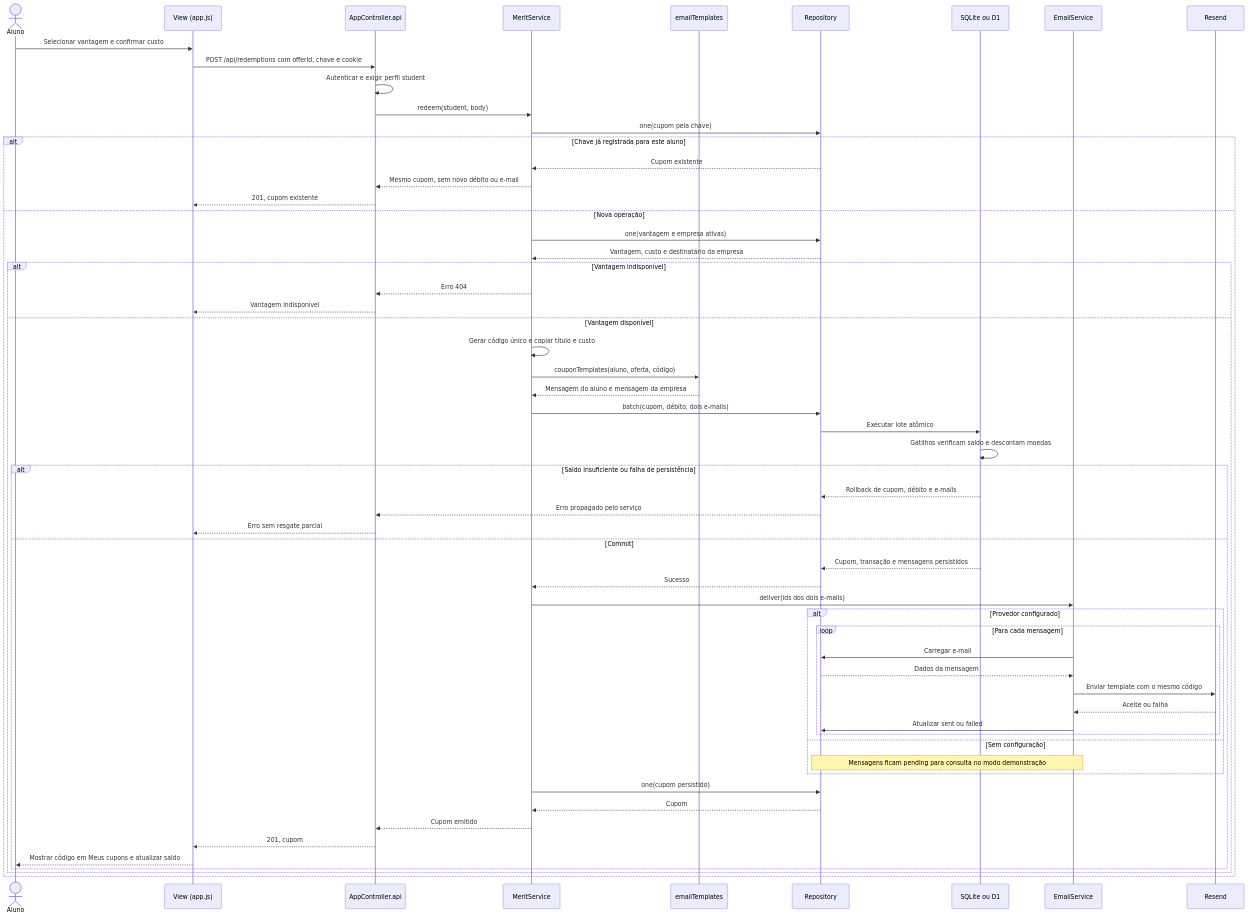
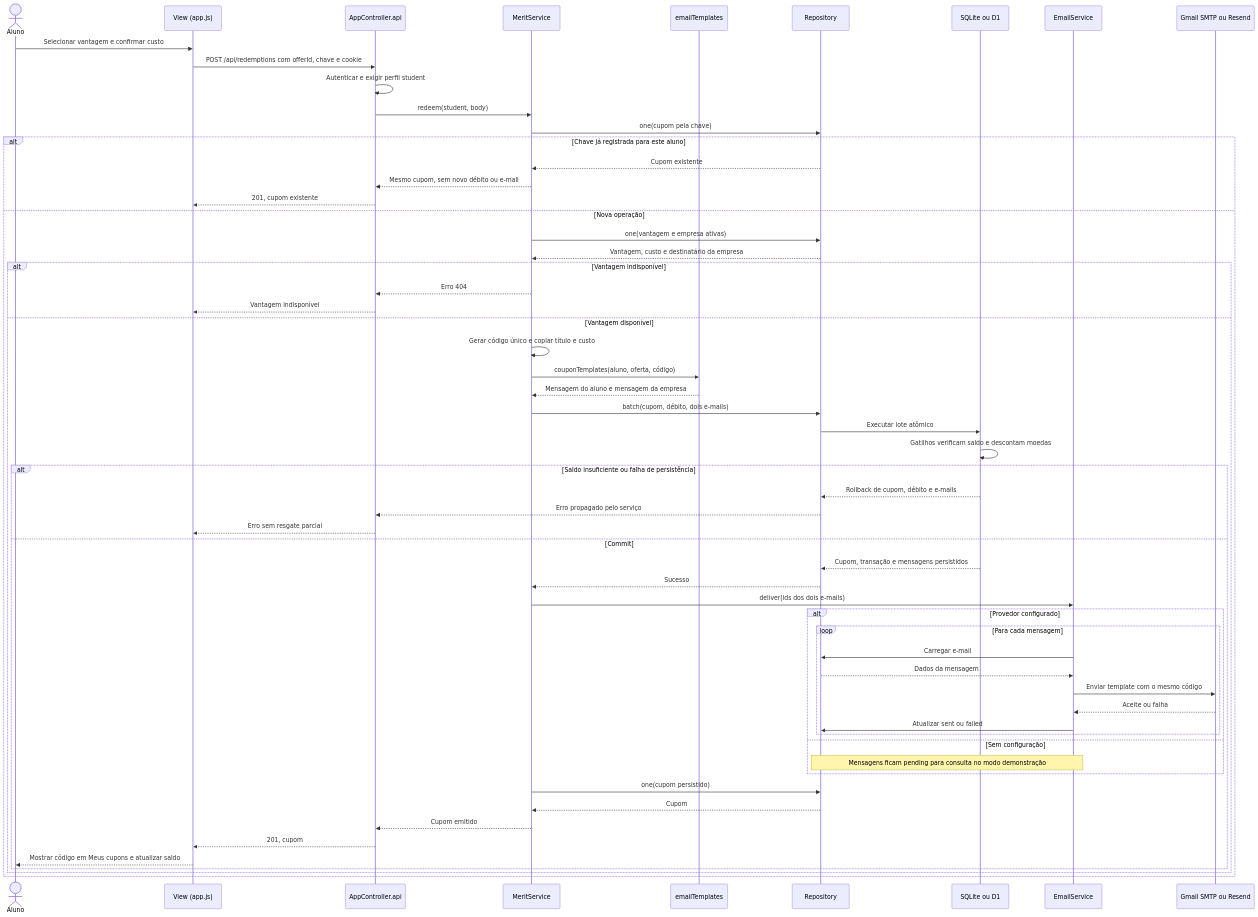
The diagram in docs/release-2/sequencias/trocar-vantagem.mmd (vianadv/sistemaMoedaEstudantil), drawn with Mermaid before and after one commit. The commit also changed 19 other files, not shown here.

```diff
--- a/docs/release-2/sequencias/trocar-vantagem.mmd
+++ b/docs/release-2/sequencias/trocar-vantagem.mmd
@@ -1,59 +1,59 @@
 sequenceDiagram
   actor Aluno
   participant View as View (app.js)
   participant Controller as AppController.api
   participant Service as MeritService
   participant Templates as emailTemplates
   participant DAO as Repository
   participant DB as SQLite ou D1
   participant Mail as EmailService
-  participant Resend
+  participant Delivery as Gmail SMTP ou Resend
   Aluno->>View: Selecionar vantagem e confirmar custo
   View->>Controller: POST /api/redemptions com offerId, chave e cookie
   Controller->>Controller: Autenticar e exigir perfil student
   Controller->>Service: redeem(student, body)
   Service->>DAO: one(cupom pela chave)
   alt Chave já registrada para este aluno
     DAO-->>Service: Cupom existente
     Service-->>Controller: Mesmo cupom, sem novo débito ou e-mail
     Controller-->>View: 201, cupom existente
   else Nova operação
     Service->>DAO: one(vantagem e empresa ativas)
     DAO-->>Service: Vantagem, custo e destinatário da empresa
     alt Vantagem indisponível
       Service-->>Controller: Erro 404
       Controller-->>View: Vantagem indisponível
     else Vantagem disponível
       Service->>Service: Gerar código único e copiar título e custo
       Service->>Templates: couponTemplates(aluno, oferta, código)
       Templates-->>Service: Mensagem do aluno e mensagem da empresa
       Service->>DAO: batch(cupom, débito, dois e-mails)
       DAO->>DB: Executar lote atômico
       DB->>DB: Gatilhos verificam saldo e descontam moedas
       alt Saldo insuficiente ou falha de persistência
         DB-->>DAO: Rollback de cupom, débito e e-mails
         DAO-->>Controller: Erro propagado pelo serviço
         Controller-->>View: Erro sem resgate parcial
       else Commit
         DB-->>DAO: Cupom, transação e mensagens persistidos
         DAO-->>Service: Sucesso
         Service->>Mail: deliver(ids dos dois e-mails)
         alt Provedor configurado
           loop Para cada mensagem
             Mail->>DAO: Carregar e-mail
             DAO-->>Mail: Dados da mensagem
-            Mail->>Resend: Enviar template com o mesmo código
-            Resend-->>Mail: Aceite ou falha
+            Mail->>Delivery: Enviar template com o mesmo código
+            Delivery-->>Mail: Aceite ou falha
             Mail->>DAO: Atualizar sent ou failed
           end
         else Sem configuração
           Note over Mail,DAO: Mensagens ficam pending para consulta no modo demonstração
         end
         Service->>DAO: one(cupom persistido)
         DAO-->>Service: Cupom
         Service-->>Controller: Cupom emitido
         Controller-->>View: 201, cupom
         View-->>Aluno: Mostrar código em Meus cupons e atualizar saldo
       end
     end
   end
```
